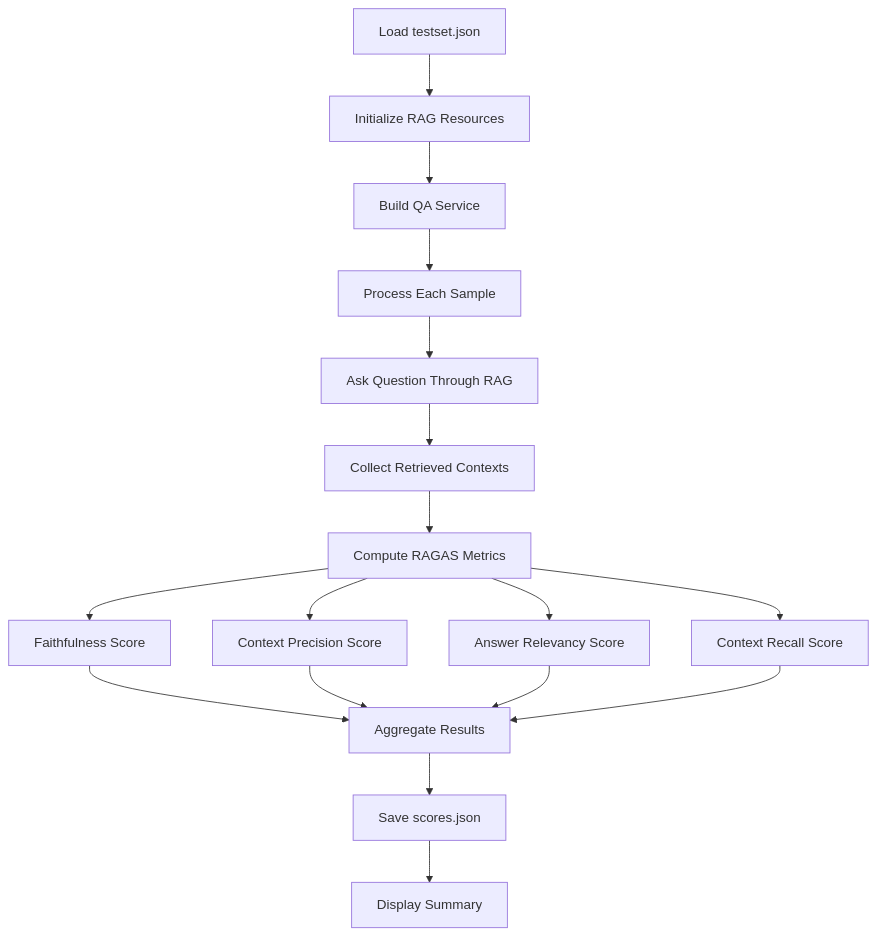
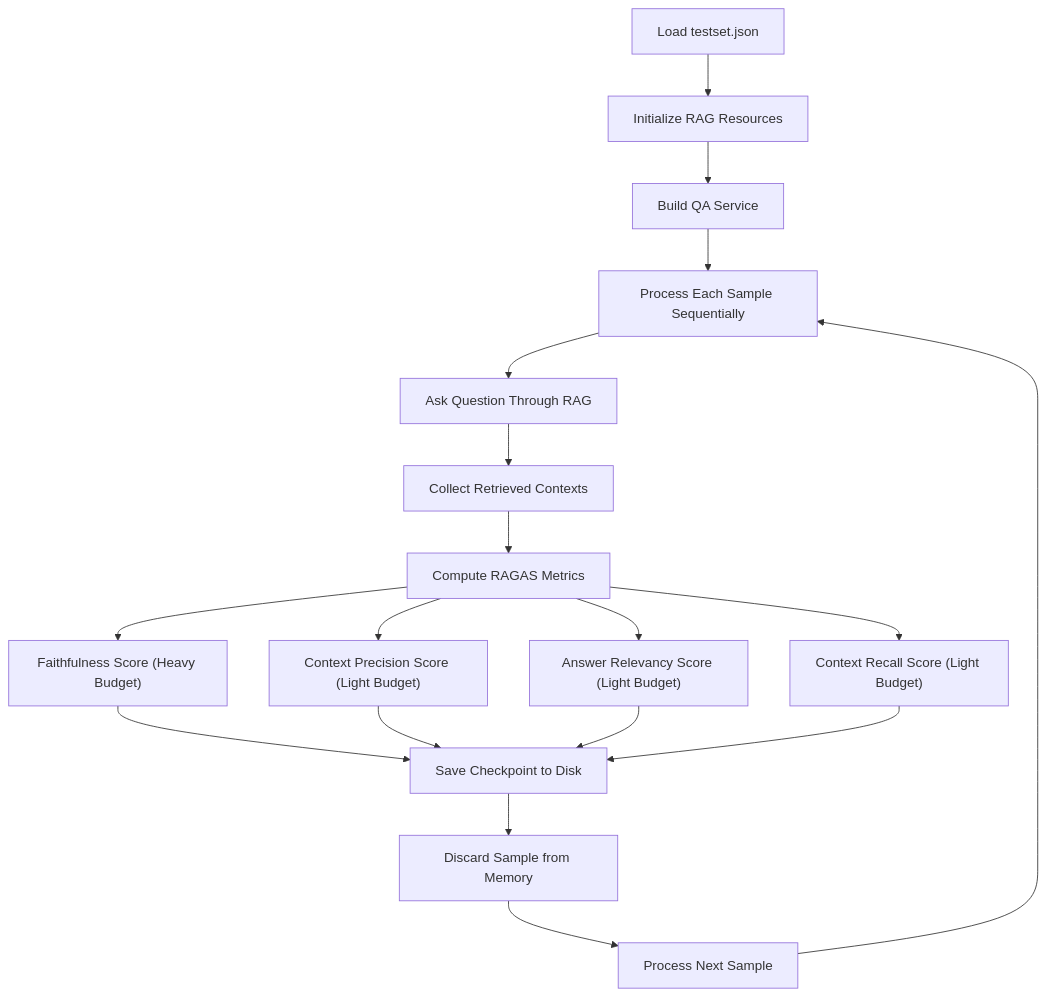
One commit to ognelis/cafetera_hr_bot changed the fourth of 6 diagrams in .qoder/repowiki/en/content/Testing Strategy/RAGAS Quality Evaluation Framework.md. Above: the diagram before and after it, drawn with Mermaid. The commit also changed other lines of this file and 6 other files, not shown here.

````diff
--- a/.qoder/repowiki/en/content/Testing Strategy/RAGAS Quality Evaluation Framework.md
+++ b/.qoder/repowiki/en/content/Testing Strategy/RAGAS Quality Evaluation Framework.md
@@ -242,19 +252,20 @@
 ```mermaid
 flowchart TD
 LoadTestset["Load testset.json"] --> InitializeResources["Initialize RAG Resources"]
 InitializeResources --> BuildQAService["Build QA Service"]
-BuildQAService --> ProcessSamples["Process Each Sample"]
+BuildQAService --> ProcessSamples["Process Each Sample Sequentially"]
 ProcessSamples --> AskQuestion["Ask Question Through RAG"]
 AskQuestion --> CollectContexts["Collect Retrieved Contexts"]
 CollectContexts --> ComputeMetrics["Compute RAGAS Metrics"]
-ComputeMetrics --> Faithfulness["Faithfulness Score"]
-ComputeMetrics --> ContextPrecision["Context Precision Score"]
-ComputeMetrics --> AnswerRelevancy["Answer Relevancy Score"]
-ComputeMetrics --> ContextRecall["Context Recall Score"]
-Faithfulness --> AggregateResults["Aggregate Results"]
-ContextPrecision --> AggregateResults
-AnswerRelevancy --> AggregateResults
-ContextRecall --> AggregateResults
-AggregateResults --> SaveScores["Save scores.json"]
-SaveScores --> DisplaySummary["Display Summary"]
+ComputeMetrics --> Faithfulness["Faithfulness Score (Heavy Budget)"]
+ComputeMetrics --> ContextPrecision["Context Precision Score (Light Budget)"]
+ComputeMetrics --> AnswerRelevancy["Answer Relevancy Score (Light Budget)"]
+ComputeMetrics --> ContextRecall["Context Recall Score (Light Budget)"]
+Faithfulness --> SaveCheckpoint["Save Checkpoint to Disk"]
+ContextPrecision --> SaveCheckpoint
+AnswerRelevancy --> SaveCheckpoint
+ContextRecall --> SaveCheckpoint
+SaveCheckpoint --> DiscardMemory["Discard Sample from Memory"]
+DiscardMemory --> NextSample["Process Next Sample"]
+NextSample --> ProcessSamples
 ```
````
